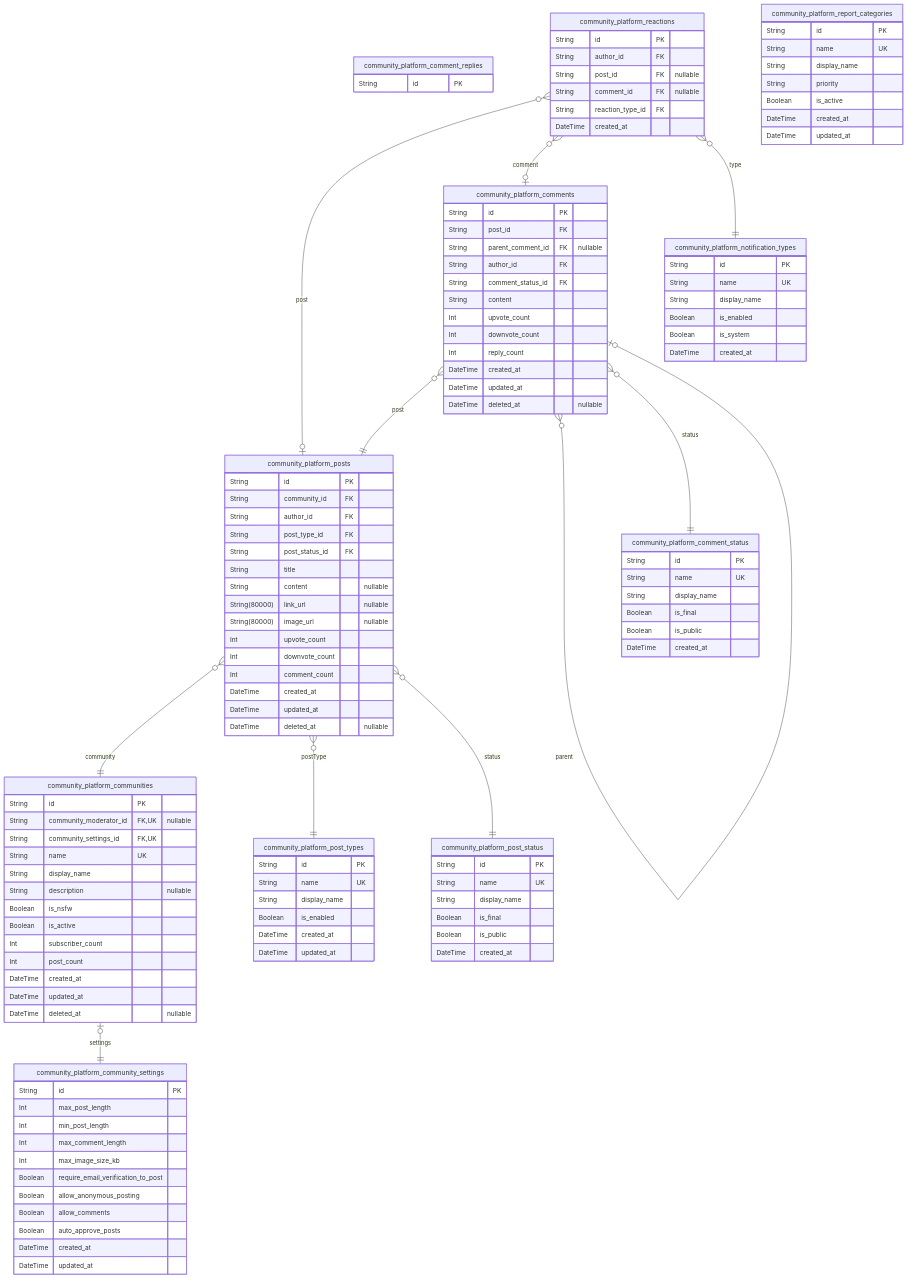
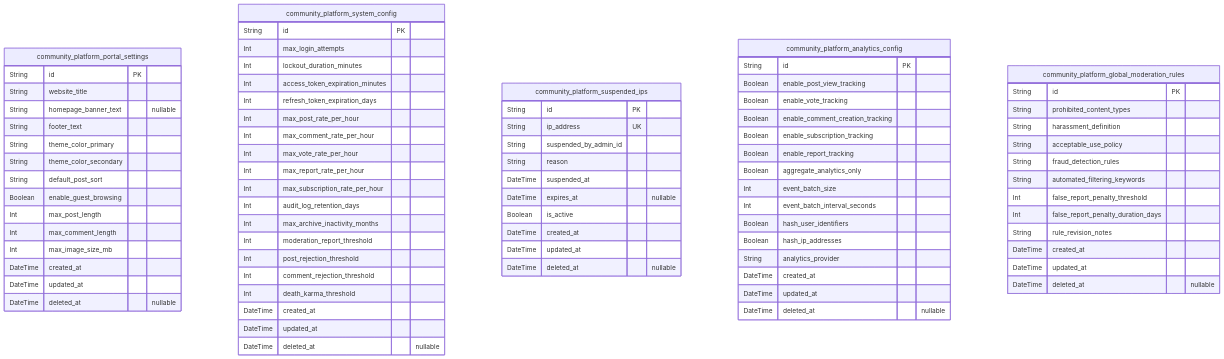
The first of 10 diagrams in qwen/qwen3-next-80b-a3b-instruct/reddit/docs/ERD.md (wrtnlabs/autobe-examples), drawn with Mermaid before and after one commit. The commit also changed other lines of this file and 22498 other files, not shown here.

````diff
--- a/qwen/qwen3-next-80b-a3b-instruct/reddit/docs/ERD.md
+++ b/qwen/qwen3-next-80b-a3b-instruct/reddit/docs/ERD.md
@@ -18,124 +18,83 @@
 ```mermaid
 erDiagram
-"community_platform_communities" {
+"community_platform_portal_settings" {
   String id PK
-  String community_moderator_id FK,UK "nullable"
-  String community_settings_id FK,UK
-  String name UK
-  String display_name
-  String description "nullable"
-  Boolean is_nsfw
-  Boolean is_active
-  Int subscriber_count
-  Int post_count
+  String website_title
+  String homepage_banner_text "nullable"
+  String footer_text
+  String theme_color_primary
+  String theme_color_secondary
+  String default_post_sort
+  Boolean enable_guest_browsing
+  Int max_post_length
+  Int max_comment_length
+  Int max_image_size_mb
   DateTime created_at
   DateTime updated_at
   DateTime deleted_at "nullable"
 }
-"community_platform_posts" {
+"community_platform_system_config" {
   String id PK
-  String community_id FK
-  String author_id FK
-  String post_type_id FK
-  String post_status_id FK
-  String title
-  String content "nullable"
-  String(80000) link_url "nullable"
-  String(80000) image_url "nullable"
-  Int upvote_count
-  Int downvote_count
-  Int comment_count
+  Int max_login_attempts
+  Int lockout_duration_minutes
+  Int access_token_expiration_minutes
+  Int refresh_token_expiration_days
+  Int max_post_rate_per_hour
+  Int max_comment_rate_per_hour
+  Int max_vote_rate_per_hour
+  Int max_report_rate_per_hour
+  Int max_subscription_rate_per_hour
+  Int audit_log_retention_days
+  Int max_archive_inactivity_months
+  Int moderation_report_threshold
+  Int post_rejection_threshold
+  Int comment_rejection_threshold
+  Int death_karma_threshold
   DateTime created_at
   DateTime updated_at
   DateTime deleted_at "nullable"
 }
-"community_platform_post_types" {
+"community_platform_suspended_ips" {
   String id PK
-  String name UK
-  String display_name
-  Boolean is_enabled
-  DateTime created_at
-  DateTime updated_at
-}
-"community_platform_comments" {
-  String id PK
-  String post_id FK
-  String parent_comment_id FK "nullable"
-  String author_id FK
-  String comment_status_id FK
-  String content
-  Int upvote_count
-  Int downvote_count
-  Int reply_count
+  String ip_address UK
+  String suspended_by_admin_id
+  String reason
+  DateTime suspended_at
+  DateTime expires_at "nullable"
+  Boolean is_active
   DateTime created_at
   DateTime updated_at
   DateTime deleted_at "nullable"
 }
-"community_platform_comment_replies" {
+"community_platform_analytics_config" {
   String id PK
-}
-"community_platform_reactions" {
-  String id PK
-  String author_id FK
-  String post_id FK "nullable"
-  String comment_id FK "nullable"
-  String reaction_type_id FK
-  DateTime created_at
-}
-"community_platform_report_categories" {
-  String id PK
-  String name UK
-  String display_name
-  String priority
-  Boolean is_active
+  Boolean enable_post_view_tracking
+  Boolean enable_vote_tracking
+  Boolean enable_comment_creation_tracking
+  Boolean enable_subscription_tracking
+  Boolean enable_report_tracking
+  Boolean aggregate_analytics_only
+  Int event_batch_size
+  Int event_batch_interval_seconds
+  Boolean hash_user_identifiers
+  Boolean hash_ip_addresses
+  String analytics_provider
   DateTime created_at
   DateTime updated_at
+  DateTime deleted_at "nullable"
 }
-"community_platform_community_settings" {
+"community_platform_global_moderation_rules" {
   String id PK
-  Int max_post_length
-  Int min_post_length
-  Int max_comment_length
-  Int max_image_size_kb
-  Boolean require_email_verification_to_post
-  Boolean allow_anonymous_posting
-  Boolean allow_comments
-  Boolean auto_approve_posts
+  String prohibited_content_types
+  String harassment_definition
+  String acceptable_use_policy
+  String fraud_detection_rules
+  String automated_filtering_keywords
+  Int false_report_penalty_threshold
+  Int false_report_penalty_duration_days
+  String rule_revision_notes
   DateTime created_at
   DateTime updated_at
+  DateTime deleted_at "nullable"
 }
-"community_platform_post_status" {
-  String id PK
-  String name UK
-  String display_name
-  Boolean is_final
-  Boolean is_public
-  DateTime created_at
-}
-"community_platform_comment_status" {
-  String id PK
-  String name UK
-  String display_name
-  Boolean is_final
-  Boolean is_public
-  DateTime created_at
-}
-"community_platform_notification_types" {
-  String id PK
-  String name UK
-  String display_name
-  Boolean is_enabled
-  Boolean is_system
-  DateTime created_at
-}
-"community_platform_communities" |o--|| "community_platform_community_settings" : settings
-"community_platform_posts" }o--|| "community_platform_communities" : community
-"community_platform_posts" }o--|| "community_platform_post_types" : postType
-"community_platform_posts" }o--|| "community_platform_post_status" : status
-"community_platform_comments" }o--|| "community_platform_posts" : post
-"community_platform_comments" }o--o| "community_platform_comments" : parent
-"community_platform_comments" }o--|| "community_platform_comment_status" : status
-"community_platform_reactions" }o--o| "community_platform_posts" : post
-"community_platform_reactions" }o--o| "community_platform_comments" : comment
-"community_platform_reactions" }o--|| "community_platform_notification_types" : type
 ```
````
